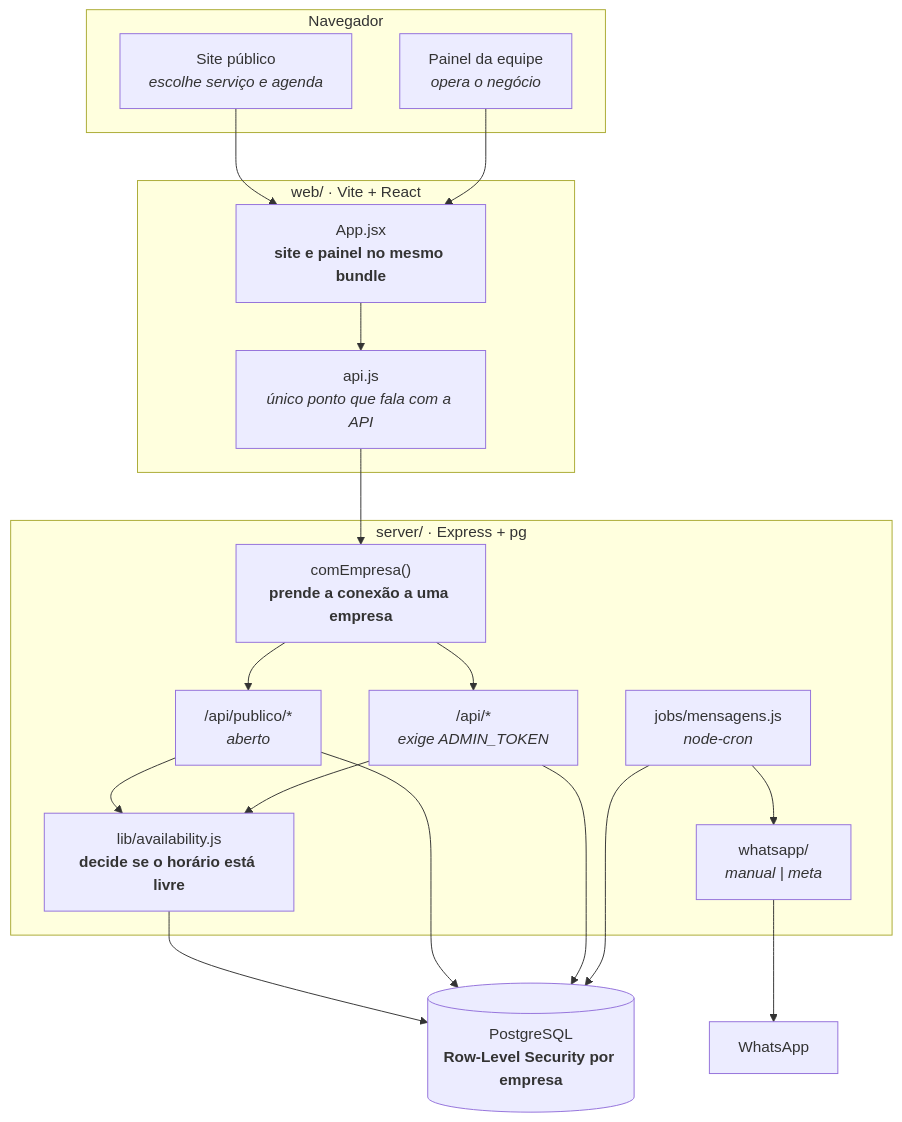
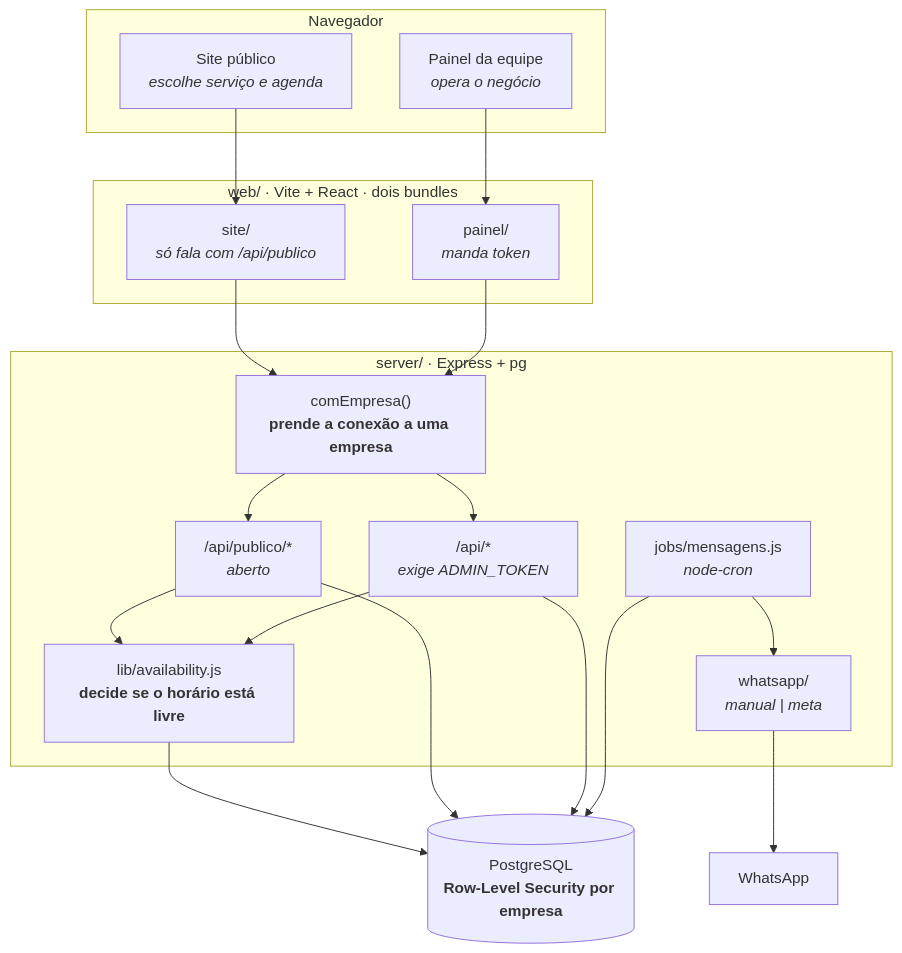
Before and after one commit to victortalvarenga-arch/Vital: the first of 2 diagrams in ARQUITETURA.md, drawn with Mermaid. The commit also changed other lines of this file and 16 other files, not shown here.

First line of the commit message:
Blocos 3 e 4: separa site e painel, e reconstrói o site da cliente

````diff
--- a/ARQUITETURA.md
+++ b/ARQUITETURA.md
@@ -8,39 +8,39 @@
 ```mermaid
 flowchart TB
     subgraph nav["Navegador"]
         site["Site público<br><i>escolhe serviço e agenda</i>"]
         painel["Painel da equipe<br><i>opera o negócio</i>"]
     end
 
-    subgraph front["web/ · Vite + React"]
-        app["App.jsx<br><b>site e painel no mesmo bundle</b>"]
-        api["api.js<br><i>único ponto que fala com a API</i>"]
+    subgraph front["web/ · Vite + React · dois bundles"]
+        site2["site/<br><i>só fala com /api/publico</i>"]
+        painel2["painel/<br><i>manda token</i>"]
     end
 
     subgraph back["server/ · Express + pg"]
         emp["comEmpresa()<br><b>prende a conexão a uma empresa</b>"]
         publico["/api/publico/*<br><i>aberto</i>"]
         privado["/api/*<br><i>exige ADMIN_TOKEN</i>"]
         motor["lib/availability.js<br><b>decide se o horário está livre</b>"]
         fila["jobs/mensagens.js<br><i>node-cron</i>"]
         prov["whatsapp/<br><i>manual | meta</i>"]
     end
 
     db[("PostgreSQL<br><b>Row-Level Security por empresa</b>")]
     wa["WhatsApp"]
 
-    site --> app
-    painel --> app
-    app --> api
-    api --> emp
+    site --> site2
+    painel --> painel2
+    site2 --> emp
+    painel2 --> emp
     emp --> publico
     emp --> privado
     publico --> motor
     privado --> motor
     motor --> db
     publico --> db
     privado --> db
     fila --> db
     fila --> prov
     prov --> wa
 ```
````
